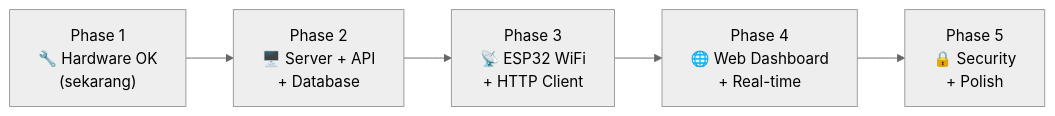
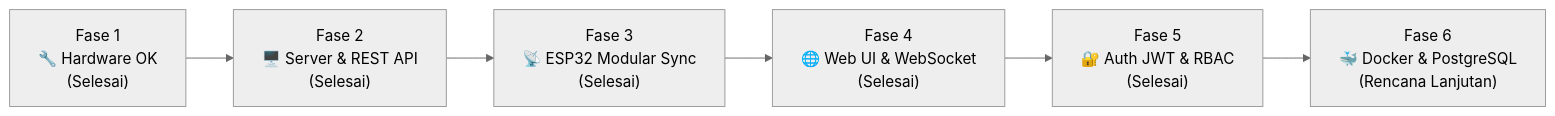
Before and after one commit to Kyz-Riki/web-IoT-access-controll: the fourth of 4 diagrams in ARSITEKTUR_SISTEM.md, drawn with Mermaid (neutral theme). The commit also changed other lines of this file and 23 other files, not shown here.

````diff
--- a/ARSITEKTUR_SISTEM.md
+++ b/ARSITEKTUR_SISTEM.md
@@ -307,10 +355,11 @@
 ```mermaid
 flowchart LR
-    P1["Phase 1\n🔧 Hardware OK\n(sekarang)"]
-    P2["Phase 2\n🖥️ Server + API\n+ Database"]
-    P3["Phase 3\n📡 ESP32 WiFi\n+ HTTP Client"]
-    P4["Phase 4\n🌐 Web Dashboard\n+ Real-time"]
-    P5["Phase 5\n🔒 Security\n+ Polish"]
+    P1["Fase 1\n🔧 Hardware OK\n(Selesai)"]
+    P2["Fase 2\n🖥️ Server & REST API\n(Selesai)"]
+    P3["Fase 3\n📡 ESP32 Modular Sync\n(Selesai)"]
+    P4["Fase 4\n🌐 Web UI & WebSocket\n(Selesai)"]
+    P5["Fase 5\n🔐 Auth JWT & RBAC\n(Selesai)"]
+    P6["Fase 6\n🐳 Docker & PostgreSQL\n(Rencana Lanjutan)"]
 
-    P1 --> P2 --> P3 --> P4 --> P5
+    P1 --> P2 --> P3 --> P4 --> P5 --> P6
 ```
````
